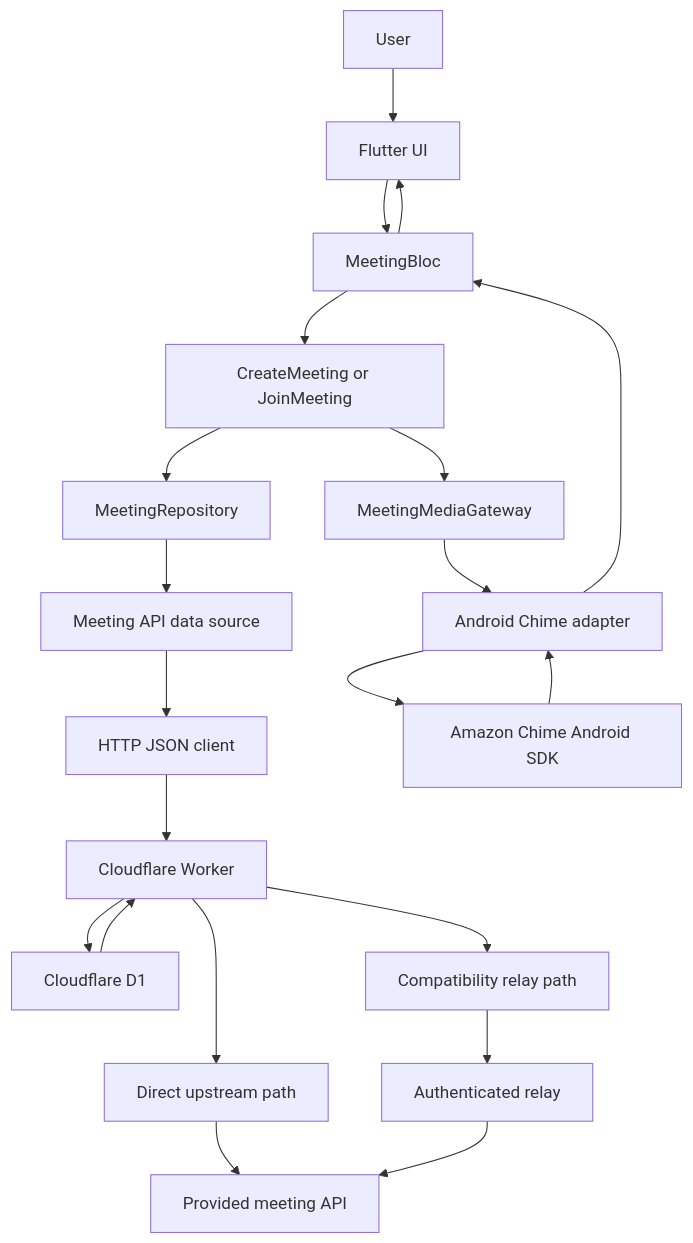
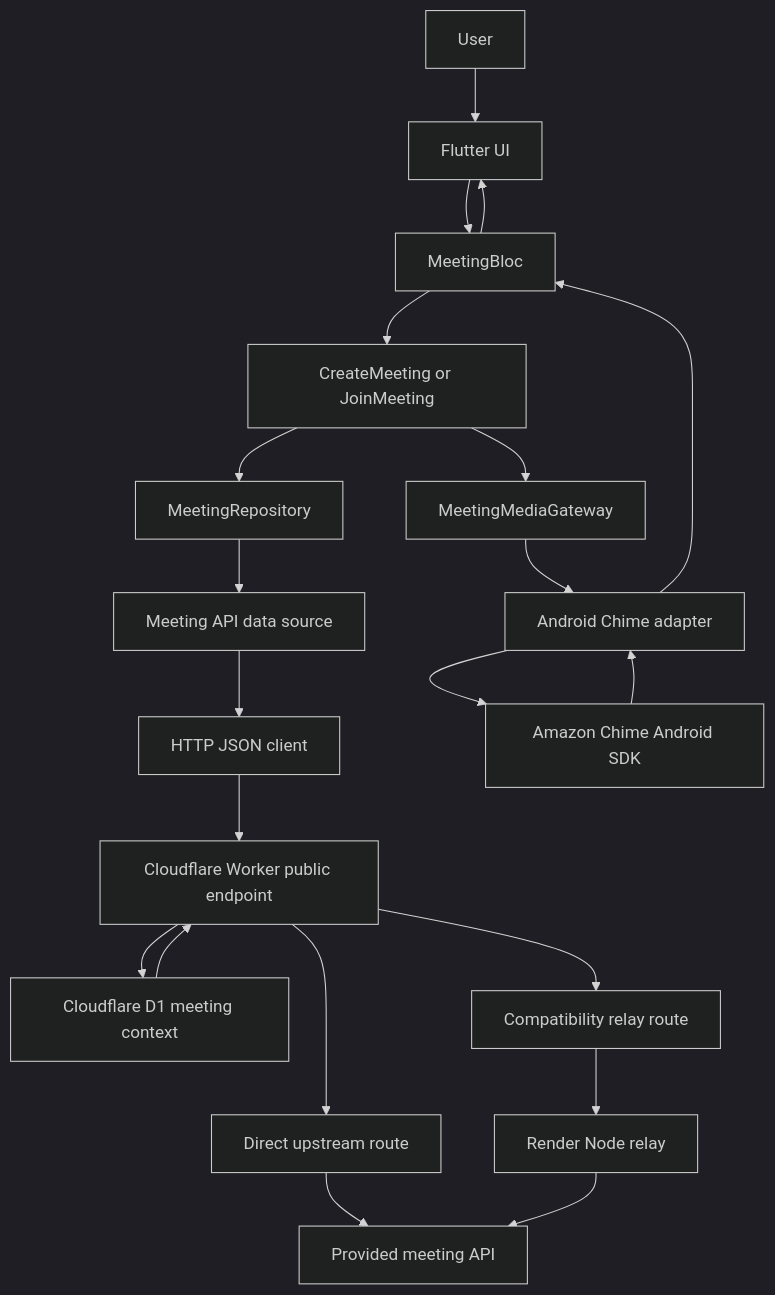
Before and after one commit to maharudraabhishek/chime_meeting_demo: the first of 10 diagrams in README.md, drawn with Mermaid. The commit also changed other lines of this file and 6 other files, not shown here.

````diff
--- a/README.md
+++ b/README.md
@@ -70,23 +142,24 @@
 ```mermaid
-flowchart TD
-    A[User] --> B[Flutter UI]
-    B --> C[MeetingBloc]
-    C --> D[CreateMeeting or JoinMeeting]
-    D --> E[MeetingRepository]
-    E --> F[Meeting API data source]
-    F --> G[HTTP JSON client]
-    G --> H[Cloudflare Worker]
-    H --> I[Cloudflare D1]
-    I --> H
-    H --> J[Direct upstream path]
-    J --> K[Provided meeting API]
-    H --> L[Compatibility relay path]
-    L --> M[Authenticated relay]
-    M --> K
-    D --> N[MeetingMediaGateway]
-    N --> O[Android Chime adapter]
-    O --> P[Amazon Chime Android SDK]
-    P --> O
-    O --> C
-    C --> B
+%%{init: {"theme":"dark","darkMode":true}}%%
+graph TD;
+    A[User] --> B[Flutter UI];
+    B --> C[MeetingBloc];
+    C --> D[CreateMeeting or JoinMeeting];
+    D --> E[MeetingRepository];
+    E --> F[Meeting API data source];
+    F --> G[HTTP JSON client];
+    G --> H[Cloudflare Worker public endpoint];
+    H --> I[Cloudflare D1 meeting context];
+    I --> H;
+    H --> J[Direct upstream route];
+    J --> K[Provided meeting API];
+    H --> L[Compatibility relay route];
+    L --> M[Render Node relay];
+    M --> K;
+    D --> N[MeetingMediaGateway];
+    N --> O[Android Chime adapter];
+    O --> P[Amazon Chime Android SDK];
+    P --> O;
+    O --> C;
+    C --> B;
 ```
````
